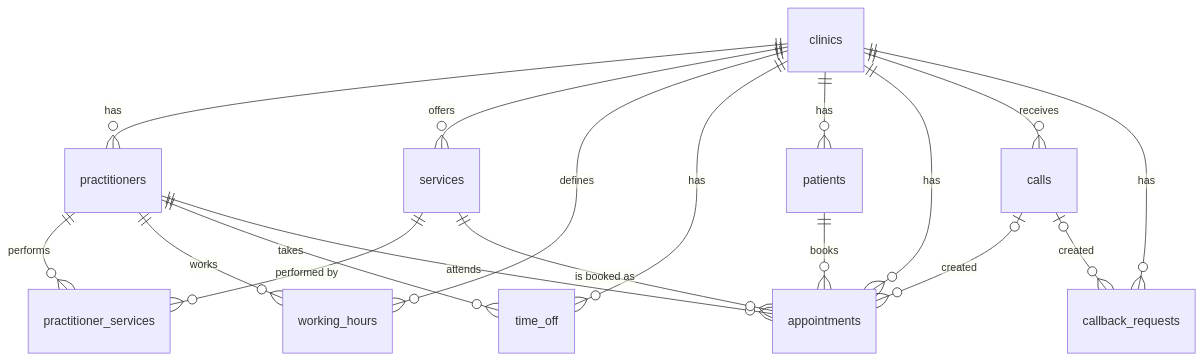
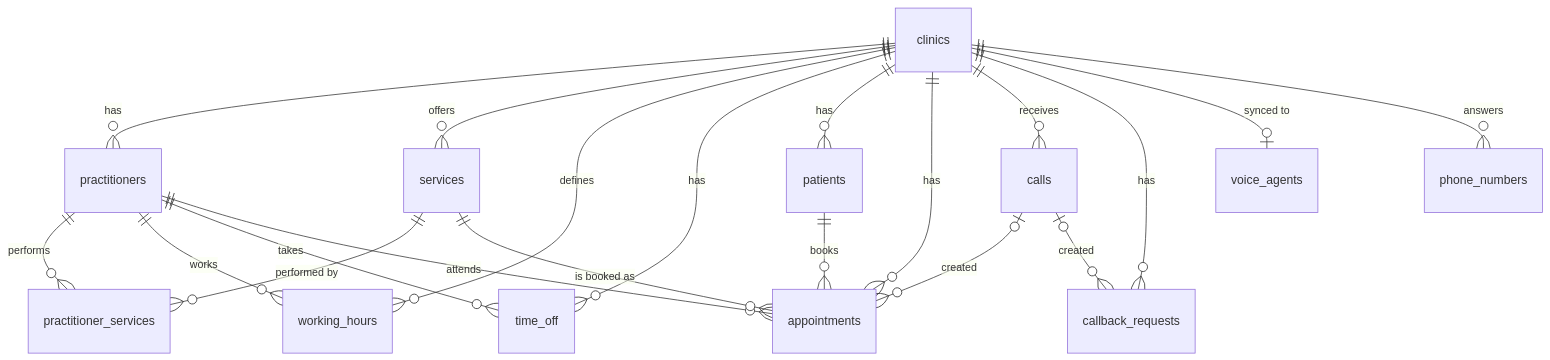
Before and after one commit to Recallapp1/recall: the diagram in docs/01-architecture/DATA-MODEL.md, drawn with Mermaid. The commit also changed other lines of this file and 30 other files, not shown here.

````diff
--- a/docs/01-architecture/DATA-MODEL.md
+++ b/docs/01-architecture/DATA-MODEL.md
@@ -7,20 +7,22 @@
 ```mermaid
 erDiagram
     clinics ||--o{ practitioners : has
     clinics ||--o{ services : offers
     clinics ||--o{ working_hours : defines
     clinics ||--o{ time_off : has
     clinics ||--o{ patients : has
     clinics ||--o{ appointments : has
     clinics ||--o{ calls : receives
     clinics ||--o{ callback_requests : has
+    clinics ||--o| voice_agents : "synced to"
+    clinics ||--o{ phone_numbers : answers
     practitioners ||--o{ practitioner_services : performs
     services ||--o{ practitioner_services : "performed by"
     practitioners ||--o{ working_hours : works
     practitioners ||--o{ time_off : takes
     practitioners ||--o{ appointments : attends
     services ||--o{ appointments : "is booked as"
     patients ||--o{ appointments : books
     calls |o--o{ appointments : "created"
     calls |o--o{ callback_requests : "created"
 ```
````
